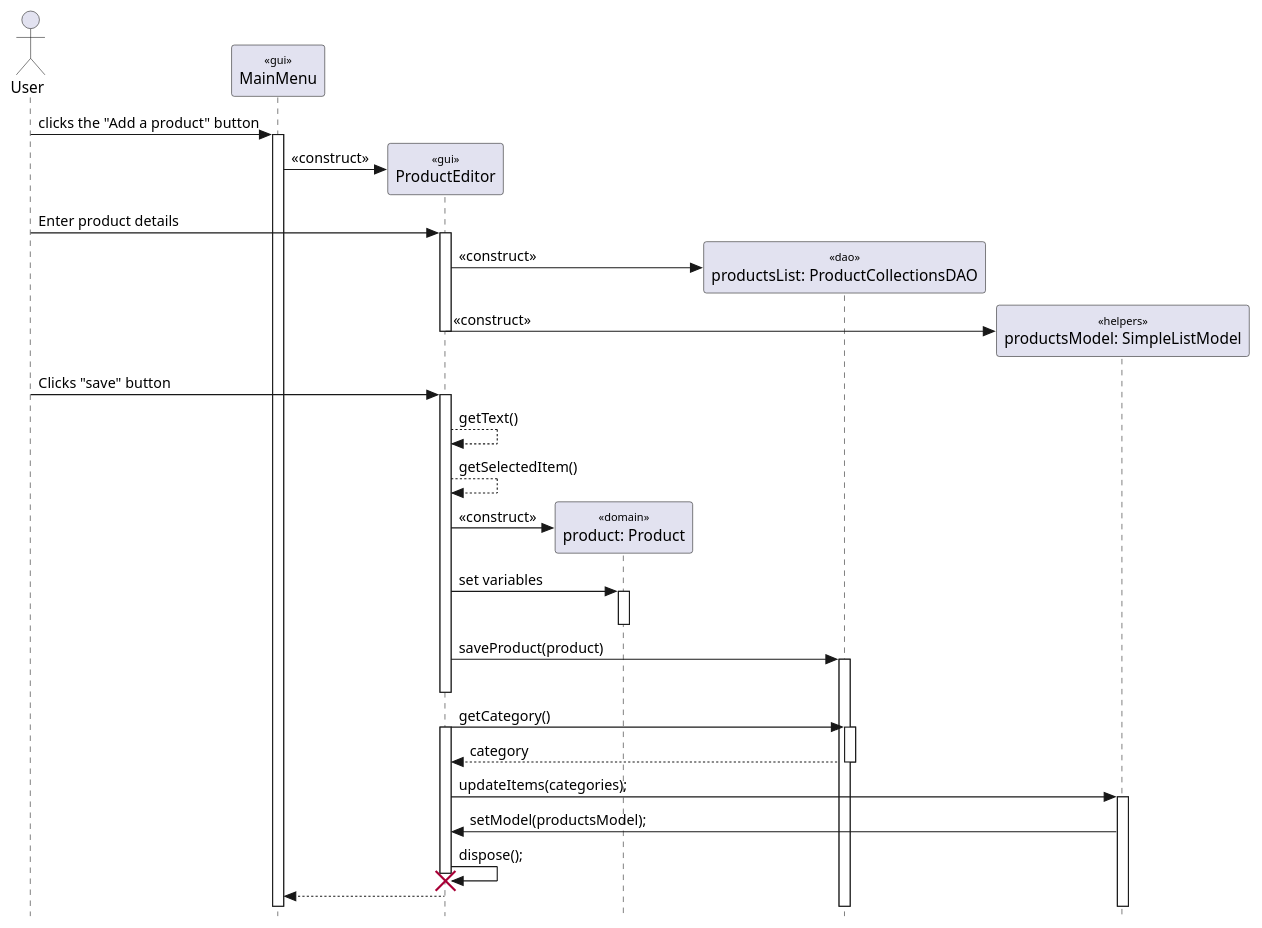
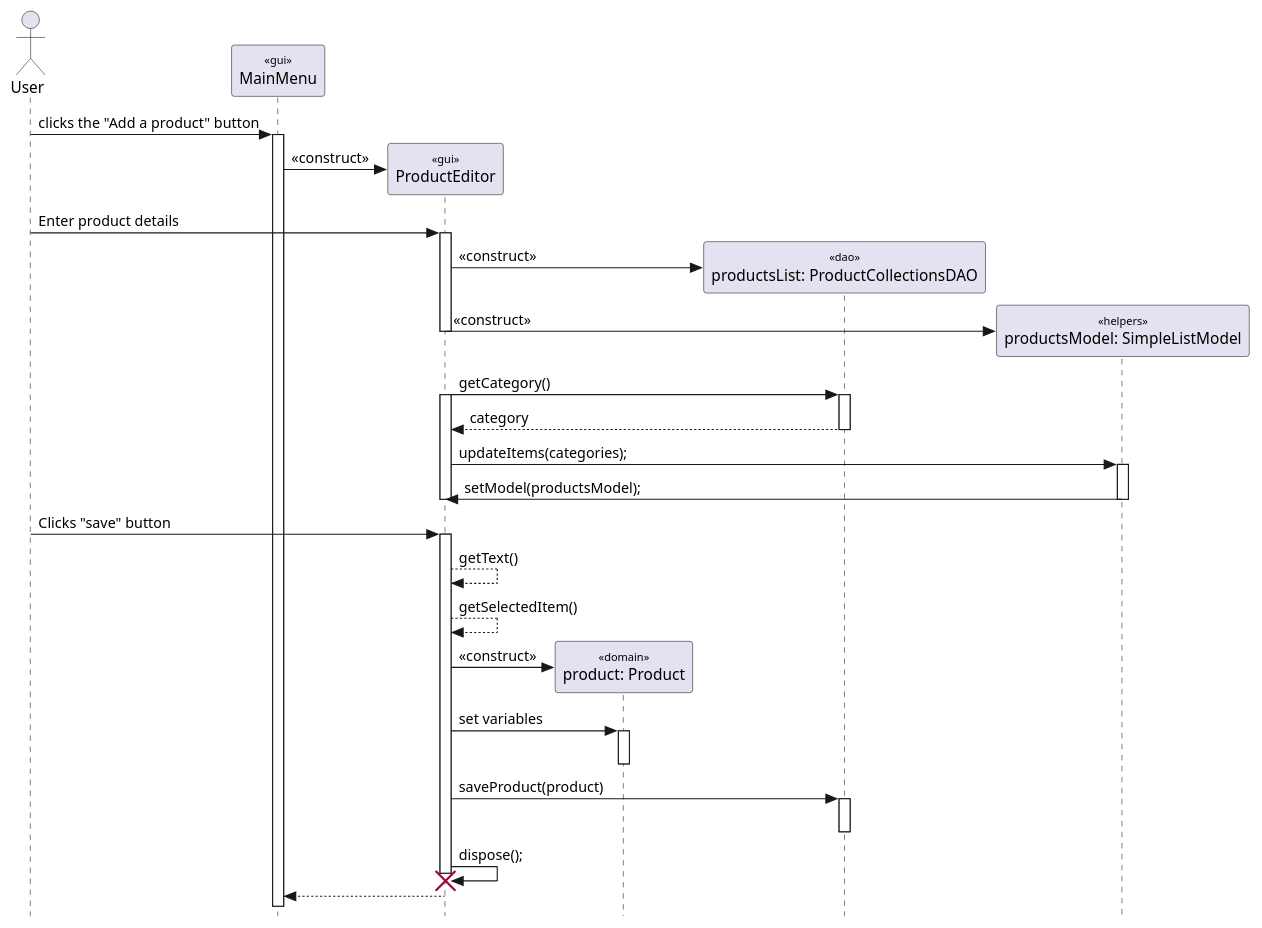
Before and after one commit to seuwand-tee/Shopping-System: the diagram in info202_project/diagrams/AddProduct.puml, drawn with PlantUML. The commit also changed 1 other file, not shown here.

Commit message:
UML for Milestone 1 Corrections References #11

```diff
--- a/info202_project/diagrams/AddProduct.puml
+++ b/info202_project/diagrams/AddProduct.puml
@@ -1,54 +1,55 @@
 @startuml
 skinparam {
   Style StrictUML
   SequenceStereotype {
     Font {
       Size 10
       Style plain
     }
   }
 }
 actor "User" as user
 participant "MainMenu" as menu <<gui>>
 participant "ProductEditor" as productEditor <<gui>>
 participant "product: Product" as product <<domain>>
 participant "productsList: ProductCollectionsDAO" as ProductCollectionsDAO <<dao>>
 participant "productsModel: SimpleListModel" as SimpleListModel <<helpers>>
 
 
 'create the product editor menu
 ' user clicks the view a product button
 user -> menu++ : clicks the "Add a product" button
 create productEditor
 menu -> productEditor : <<construct>>
 
 user -> productEditor++ : Enter product details
 create ProductCollectionsDAO
 productEditor -> ProductCollectionsDAO : <<construct>>
 create SimpleListModel
 productEditor -> SimpleListModel : <<construct>>
 productEditor--
+productEditor -> ProductCollectionsDAO++ :getCategory()
+productEditor++
+ProductCollectionsDAO --> productEditor :category
+ProductCollectionsDAO--
+productEditor -> SimpleListModel++:updateItems(categories);
+SimpleListModel -> productEditor :setModel(productsModel);
+SimpleListModel--
+productEditor--
 
 user -> productEditor++ : Clicks "save" button
 productEditor --> productEditor: getText()
 productEditor --> productEditor: getSelectedItem()
 create product
 productEditor -> product: <<construct>>
 'user enter variables
 productEditor -> product++ :set variables 
 product--
 
 productEditor -> ProductCollectionsDAO++ : saveProduct(product)
-productEditor--
-
-productEditor -> ProductCollectionsDAO++ :getCategory()
-productEditor++
-ProductCollectionsDAO --> productEditor :category
 ProductCollectionsDAO--
-productEditor -> SimpleListModel++:updateItems(categories);
-SimpleListModel -> productEditor :setModel(productsModel);
 productEditor -> productEditor :dispose();
 destroy productEditor 
 productEditor --> menu
 
 @enduml
```
